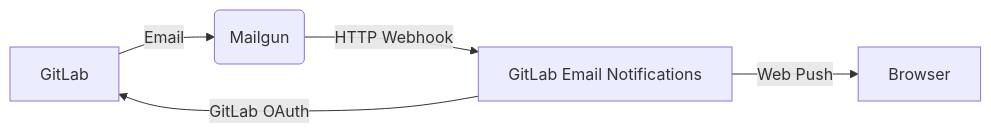
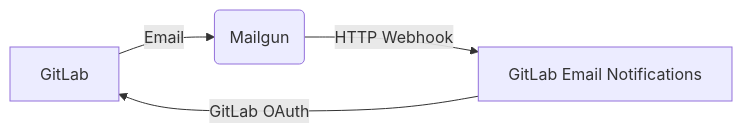
Before and after one commit to Bhacaz/gitlab-email-notifications: the diagram in README.md, drawn with Mermaid. The commit also changed other lines of this file, not shown here.

````diff
--- a/README.md
+++ b/README.md
@@ -12,7 +10,6 @@
 ```mermaid
 graph LR
     A[GitLab] -->|Email| B(Mailgun)
     B -->|HTTP Webhook| C[GitLab Email Notifications]
     C -->|GitLab OAuth| A
-    C -->|Web Push| D[Browser]
 ```
````
